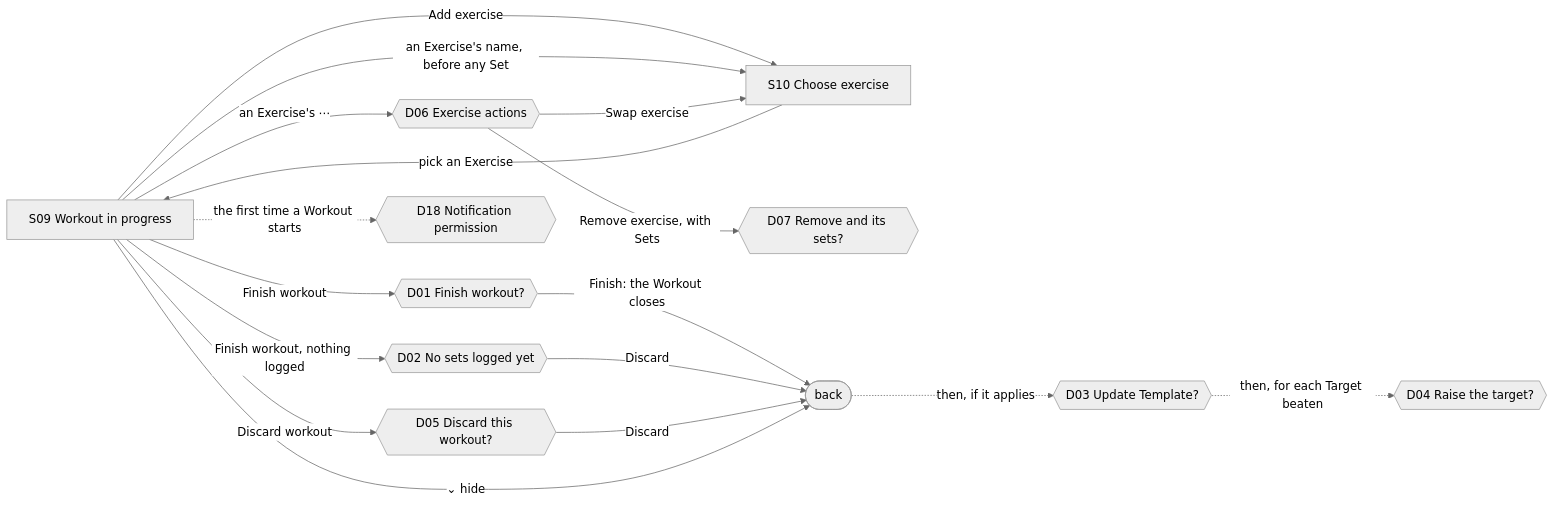
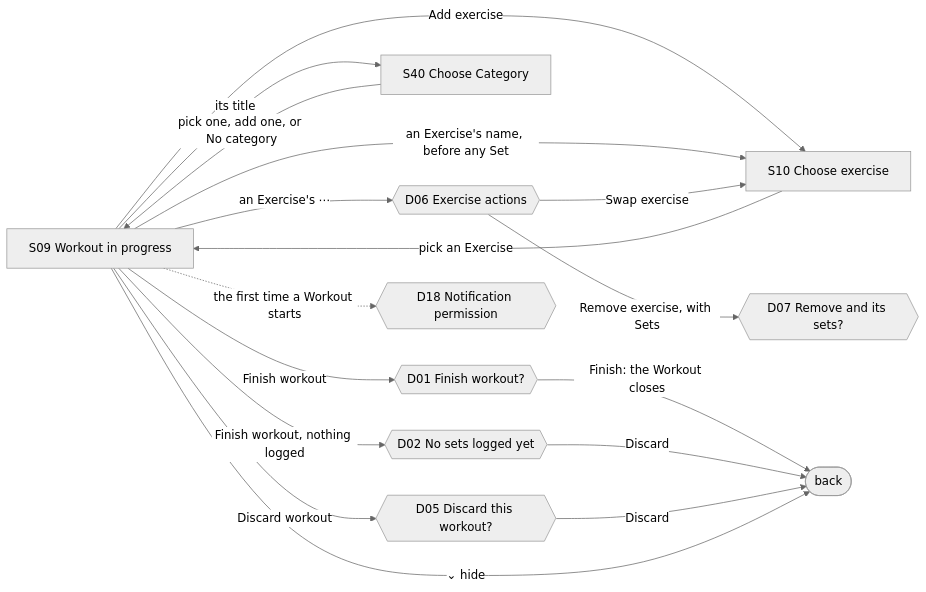
Before and after one commit to kwanlokto/greater-than-zero: the third of 9 diagrams in docs/user-flows.md, drawn with Mermaid (neutral theme). The commit also changed other lines of this file and 65 other files, not shown here.

````diff
--- a/docs/user-flows.md
+++ b/docs/user-flows.md
@@ -123,19 +121,19 @@
 ```mermaid
 flowchart LR
   S09["S09 Workout in progress"] -->|Add exercise| S10["S10 Choose exercise"]
   S09 -->|an Exercise's name, before any Set| S10
   S09 -->|an Exercise's ⋯| D06{{"D06 Exercise actions"}}
   D06 -->|Swap exercise| S10
   D06 -->|Remove exercise, with Sets| D07{{"D07 Remove and its sets?"}}
   S10 -->|pick an Exercise| S09
+  S09 -->|its title| S40["S40 Choose Category"]
+  S40 -->|pick one, add one, or No category| S09
   S09 -->|Finish workout| D01{{"D01 Finish workout?"}}
   S09 -->|Finish workout, nothing logged| D02{{"D02 No sets logged yet"}}
   S09 -->|Discard workout| D05{{"D05 Discard this workout?"}}
   D01 -->|Finish: the Workout closes| back(["back"])
-  back -.->|then, if it applies| D03{{"D03 Update Template?"}}
-  D03 -.->|then, for each Target beaten| D04{{"D04 Raise the target?"}}
   D02 -->|Discard| back
   D05 -->|Discard| back
   S09 -->|⌄ hide| back
   S09 -.->|the first time a Workout starts| D18{{"D18 Notification permission"}}
 ```
````
